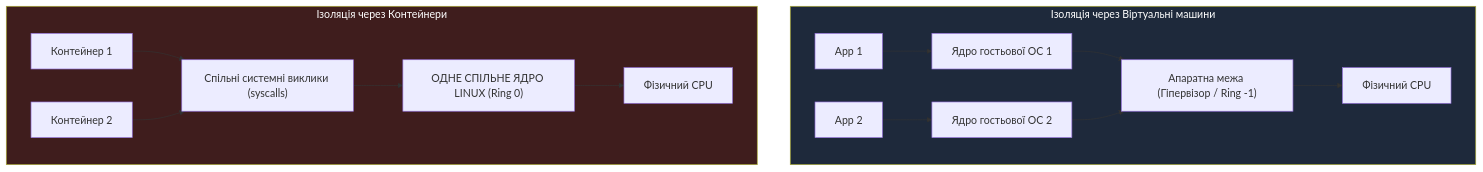
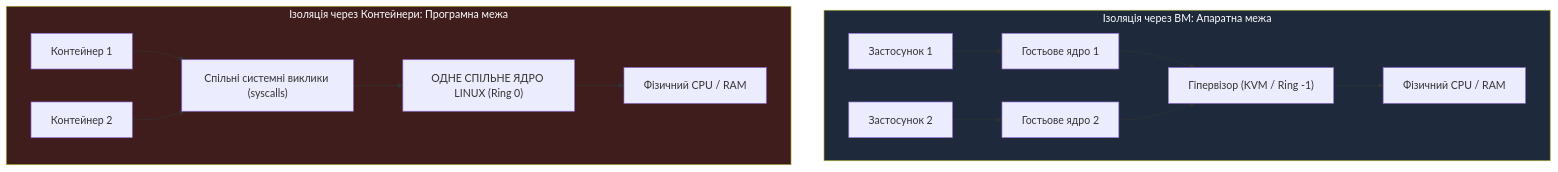
Before and after one commit to vplanto/cloud_grid: the third of 3 diagrams in docs/03_isolation_mechanics.md, drawn with Mermaid. The commit also changed other lines of this file and 11 other files, not shown here.

````diff
--- a/docs/03_isolation_mechanics.md
+++ b/docs/03_isolation_mechanics.md
@@ -277,20 +260,20 @@
 ```mermaid
 flowchart TD
-    subgraph VM ["Ізоляція через Віртуальні машини"]
-        APP1["App 1"] --> KERN1["Ядро гостьової ОС 1"]
-        APP2["App 2"] --> KERN2["Ядро гостьової ОС 2"]
-        KERN1 --> HYP["Апаратна межа (Гіпервізор / Ring -1)"]
+    subgraph VM ["Ізоляція через ВМ: Апаратна межа"]
+        APP1["Застосунок 1"] --> KERN1["Гостьове ядро 1"]
+        APP2["Застосунок 2"] --> KERN2["Гостьове ядро 2"]
+        KERN1 --> HYP["Гіпервізор (KVM / Ring -1)"]
         KERN2 --> HYP
-        HYP --> HW["Фізичний CPU"]
+        HYP --> HW["Фізичний CPU / RAM"]
     end
 
-    subgraph Ctr ["Ізоляція через Контейнери"]
+    subgraph CTR ["Ізоляція через Контейнери: Програмна межа"]
         CAPP1["Контейнер 1"] --> SYS["Спільні системні виклики (syscalls)"]
         CAPP2["Контейнер 2"] --> SYS
         SYS --> SKERN["ОДНЕ СПІЛЬНЕ ЯДРО LINUX (Ring 0)"]
-        SKERN --> CHW["Фізичний CPU"]
+        SKERN --> CHW["Фізичний CPU / RAM"]
     end
 
     style VM fill:#1e293b,color:#fff
-    style Ctr fill:#3f1d1d,color:#fff
+    style CTR fill:#3f1d1d,color:#fff
 ```
````
